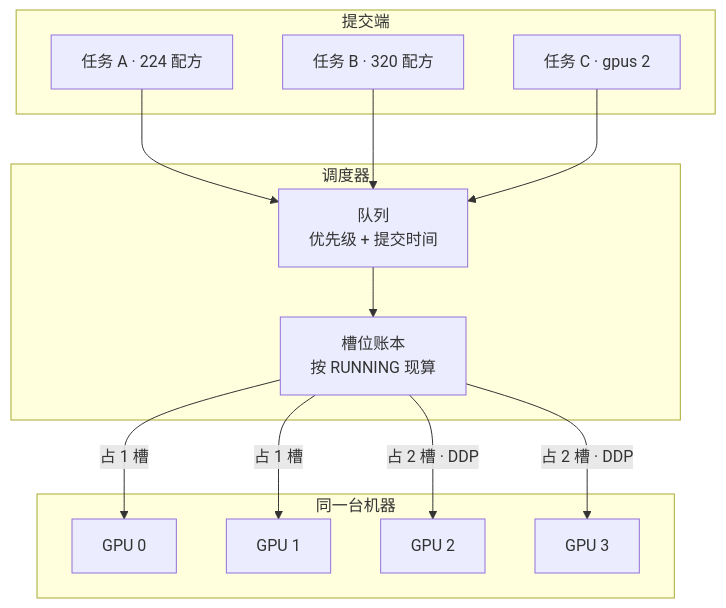
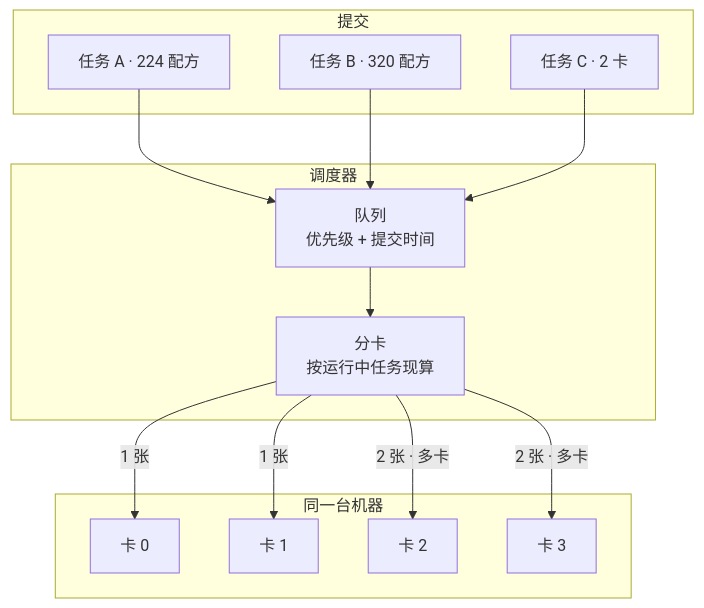
Before and after one commit to cixiy1/Yuki-blog: the sixth of 9 diagrams in src/content/posts/chest-smart-diagnosis.md, drawn with Mermaid. The commit also changed other lines of this file, not shown here.

````diff
--- a/src/content/posts/chest-smart-diagnosis.md
+++ b/src/content/posts/chest-smart-diagnosis.md
@@ -424,26 +349,26 @@
 ```mermaid
 flowchart TB
-  subgraph SUBMIT["提交端"]
+  subgraph SUBMIT["提交"]
     J1["任务 A · 224 配方"]
     J2["任务 B · 320 配方"]
-    J3["任务 C · gpus 2"]
+    J3["任务 C · 2 卡"]
   end
   subgraph SCH["调度器"]
     Q["队列<br/>优先级 + 提交时间"]
-    SLOTS["槽位账本<br/>按 RUNNING 现算"]
+    SLOTS["分卡<br/>按运行中任务现算"]
   end
   subgraph HOST["同一台机器"]
-    G0["GPU 0"]
-    G1["GPU 1"]
-    G2["GPU 2"]
-    G3["GPU 3"]
+    G0["卡 0"]
+    G1["卡 1"]
+    G2["卡 2"]
+    G3["卡 3"]
   end
   J1 --> Q
   J2 --> Q
   J3 --> Q
   Q --> SLOTS
-  SLOTS -->|"占 1 槽"| G0
-  SLOTS -->|"占 1 槽"| G1
-  SLOTS -->|"占 2 槽 · DDP"| G2
-  SLOTS -->|"占 2 槽 · DDP"| G3
+  SLOTS -->|"1 张"| G0
+  SLOTS -->|"1 张"| G1
+  SLOTS -->|"2 张 · 多卡"| G2
+  SLOTS -->|"2 张 · 多卡"| G3
 ```
````
